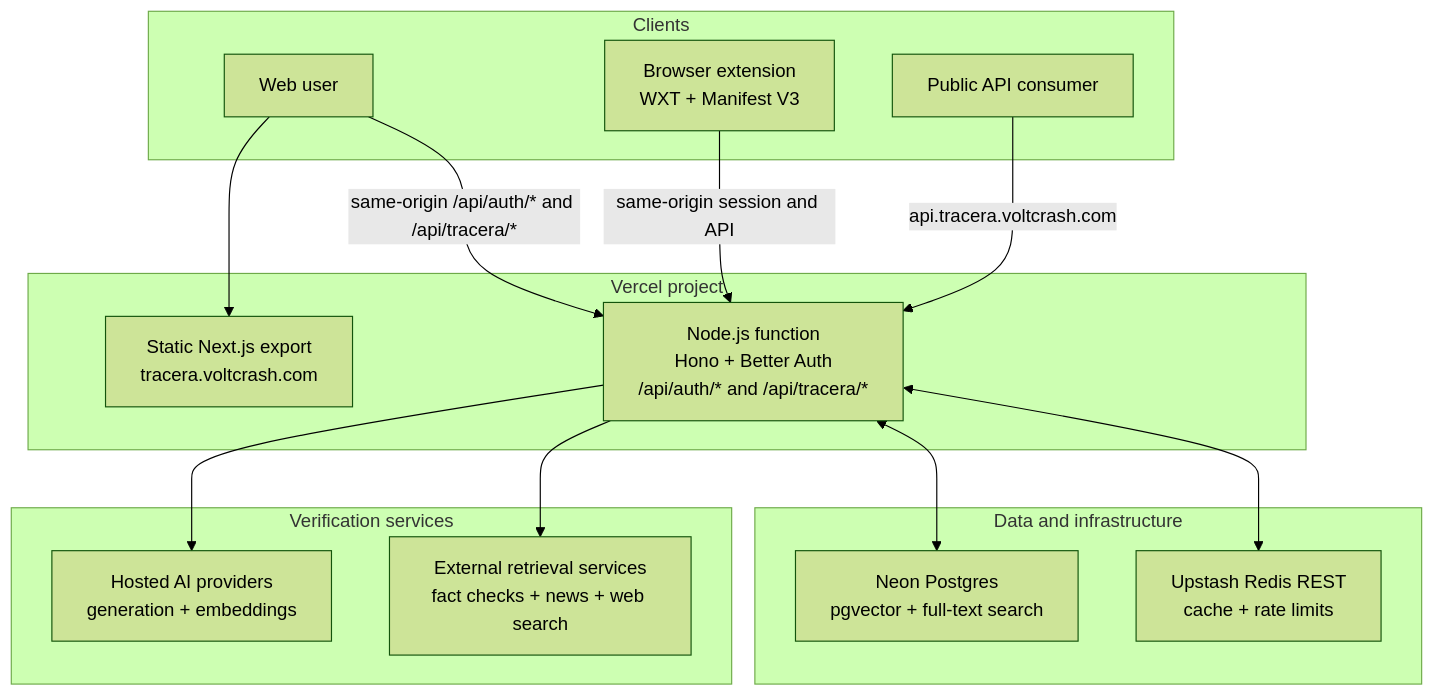
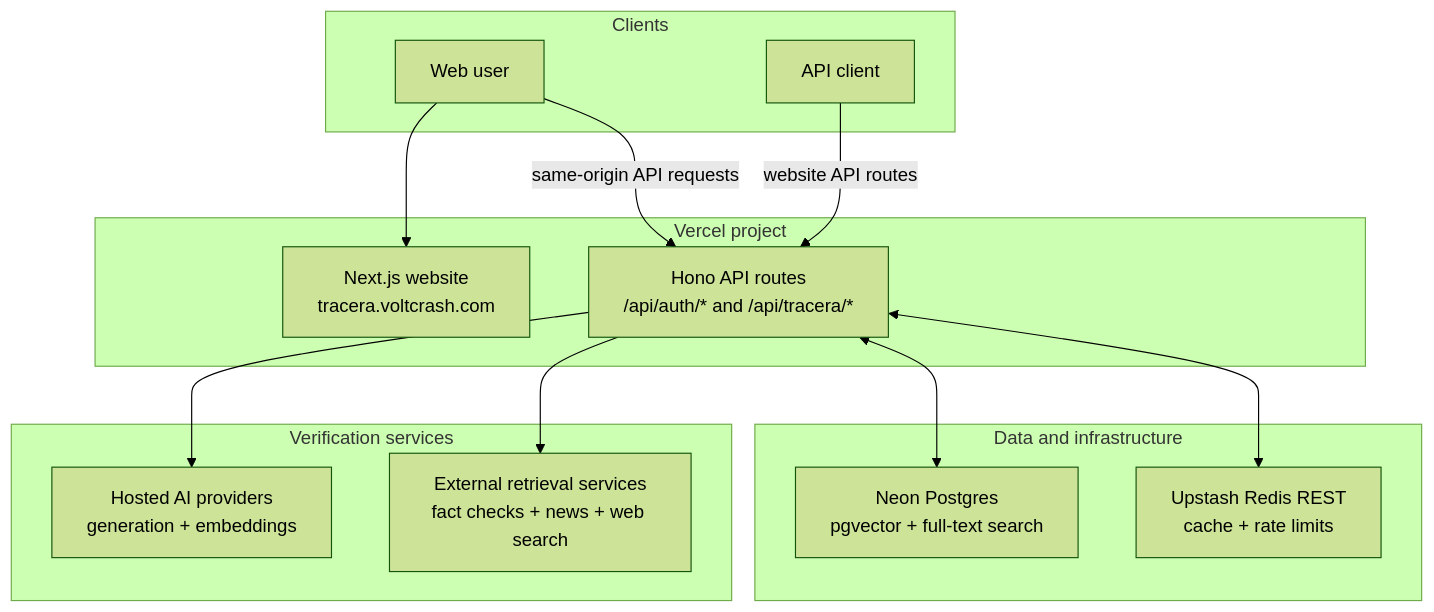
The diagram in README.md (voltcrash/tracera), drawn with Mermaid (forest theme) before and after one commit. The commit also changed other lines of this file and 91 other files, not shown here.

Commit message:
refactor: make Tracera website-only

````diff
--- a/README.md
+++ b/README.md
@@ -64,32 +59,30 @@
 ```mermaid
 flowchart TB
     subgraph Clients
         User["Web user"]
-        Extension["Browser extension<br/>WXT + Manifest V3"]
-        Consumer["Public API consumer"]
+        Consumer["API client"]
     end
 
     subgraph Vercel["Vercel project"]
-        Static["Static Next.js export<br/>tracera.voltcrash.com"]
-        Fn["Node.js function<br/>Hono + Better Auth<br/>/api/auth/* and /api/tracera/*"]
+        Website["Next.js website<br/>tracera.voltcrash.com"]
+        Routes["Hono API routes<br/>/api/auth/* and /api/tracera/*"]
     end
 
     subgraph Data["Data and infrastructure"]
         Neon["Neon Postgres<br/>pgvector + full-text search"]
         Upstash["Upstash Redis REST<br/>cache + rate limits"]
     end
 
     subgraph Intelligence["Verification services"]
         AI["Hosted AI providers<br/>generation + embeddings"]
         Retrieval["External retrieval services<br/>fact checks + news + web search"]
     end
 
-    User --> Static
-    User -->|same-origin /api/auth/* and /api/tracera/*| Fn
-    Extension -->|same-origin session and API| Fn
-    Consumer -->|api.tracera.voltcrash.com| Fn
-    Fn <--> Neon
-    Fn <--> Upstash
-    Fn --> AI
-    Fn --> Retrieval
+    User --> Website
+    User -->|same-origin API requests| Routes
+    Consumer -->|website API routes| Routes
+    Routes <--> Neon
+    Routes <--> Upstash
+    Routes --> AI
+    Routes --> Retrieval
 ```
````
